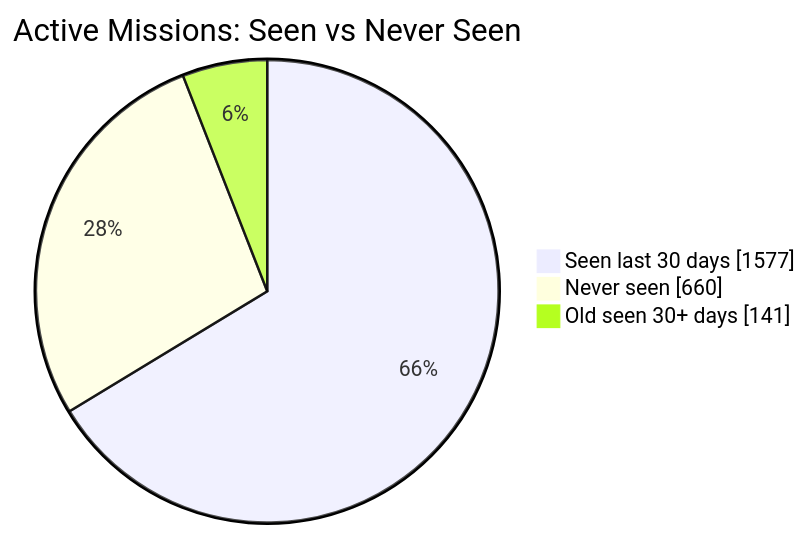
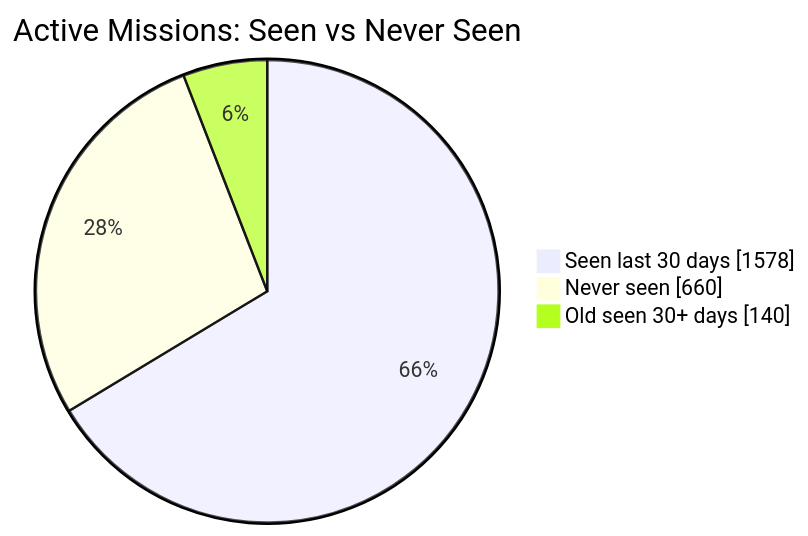
The first of 2 diagrams in README.md (MeldkamerspelGameTeam/active-missions), drawn with Mermaid before and after one commit. The commit also changed other lines of this file and 2 other files, not shown here.

````diff
--- a/README.md
+++ b/README.md
@@ -34,7 +34,7 @@
 ```mermaid
 pie showData
     title Active Missions: Seen vs Never Seen
-    "Seen last 30 days" : 1577
+    "Seen last 30 days" : 1578
     "Never seen" : 660
-    "Old seen 30+ days" : 141
+    "Old seen 30+ days" : 140
 ```
````
